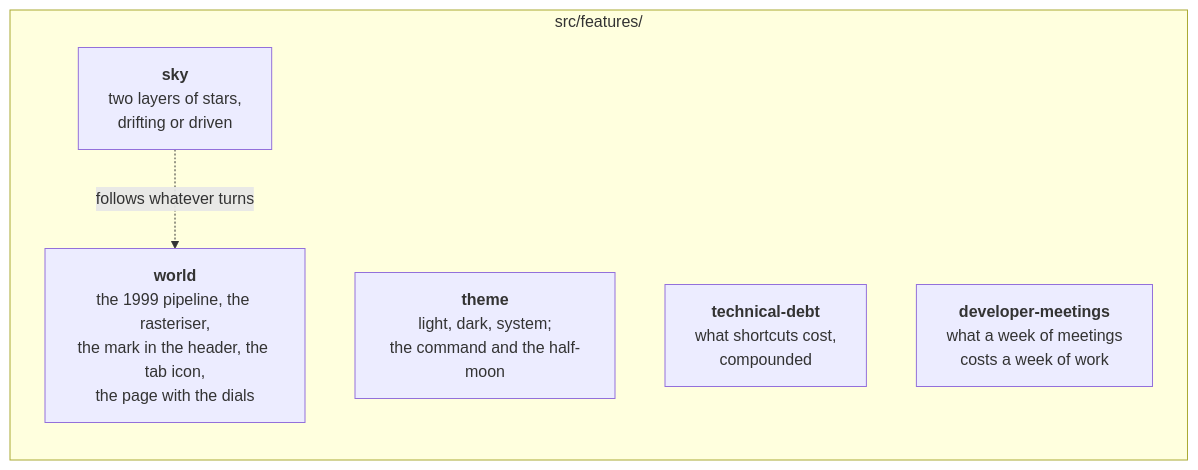
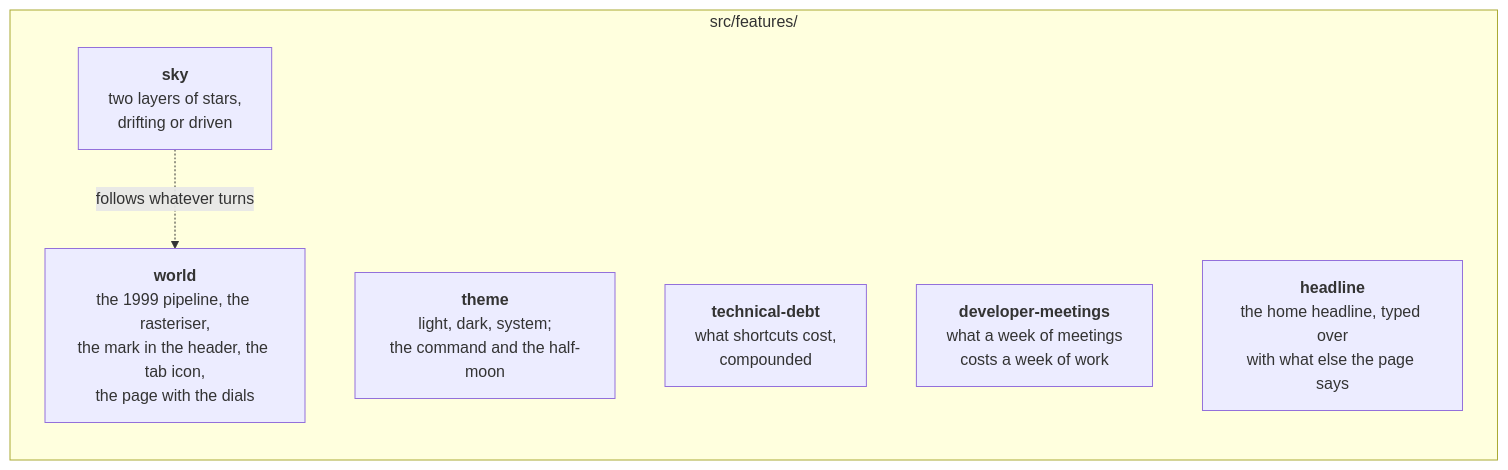
Before and after one commit to drpicox/david-rodenas.com: the second of 6 diagrams in ARCHITECTURE.md, drawn with Mermaid. The commit also changed 12 other files, not shown here.

First line of the commit message:
The home headline is typed over: a cursor, then the words taken back a character at a time and another line typed

````diff
--- a/ARCHITECTURE.md
+++ b/ARCHITECTURE.md
@@ -43,12 +43,13 @@
 ```mermaid
 graph LR
   subgraph fs["src/features/"]
     world["<b>world</b><br/>the 1999 pipeline, the rasteriser,<br/>the mark in the header, the tab icon,<br/>the page with the dials"]
     theme["<b>theme</b><br/>light, dark, system;<br/>the command and the half-moon"]
     sky["<b>sky</b><br/>two layers of stars,<br/>drifting or driven"]
     debt["<b>technical-debt</b><br/>what shortcuts cost,<br/>compounded"]
     meetings["<b>developer-meetings</b><br/>what a week of meetings<br/>costs a week of work"]
+    headline["<b>headline</b><br/>the home headline, typed over<br/>with what else the page says"]
   end
 
   sky -. "follows whatever turns" .-> world
 ```
````
